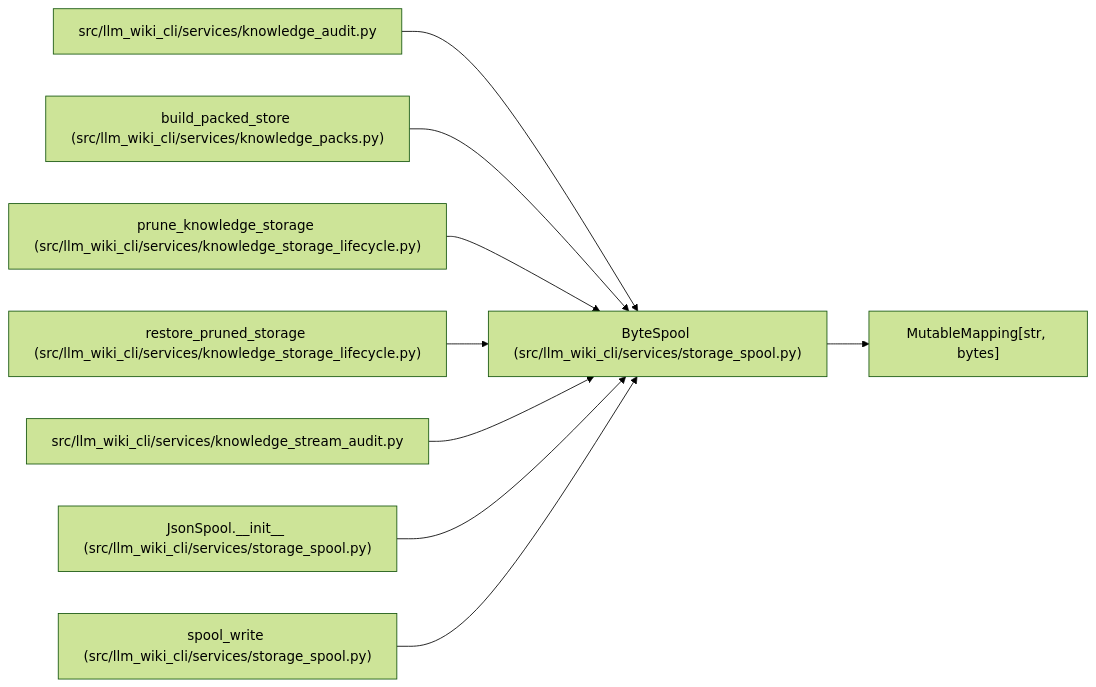
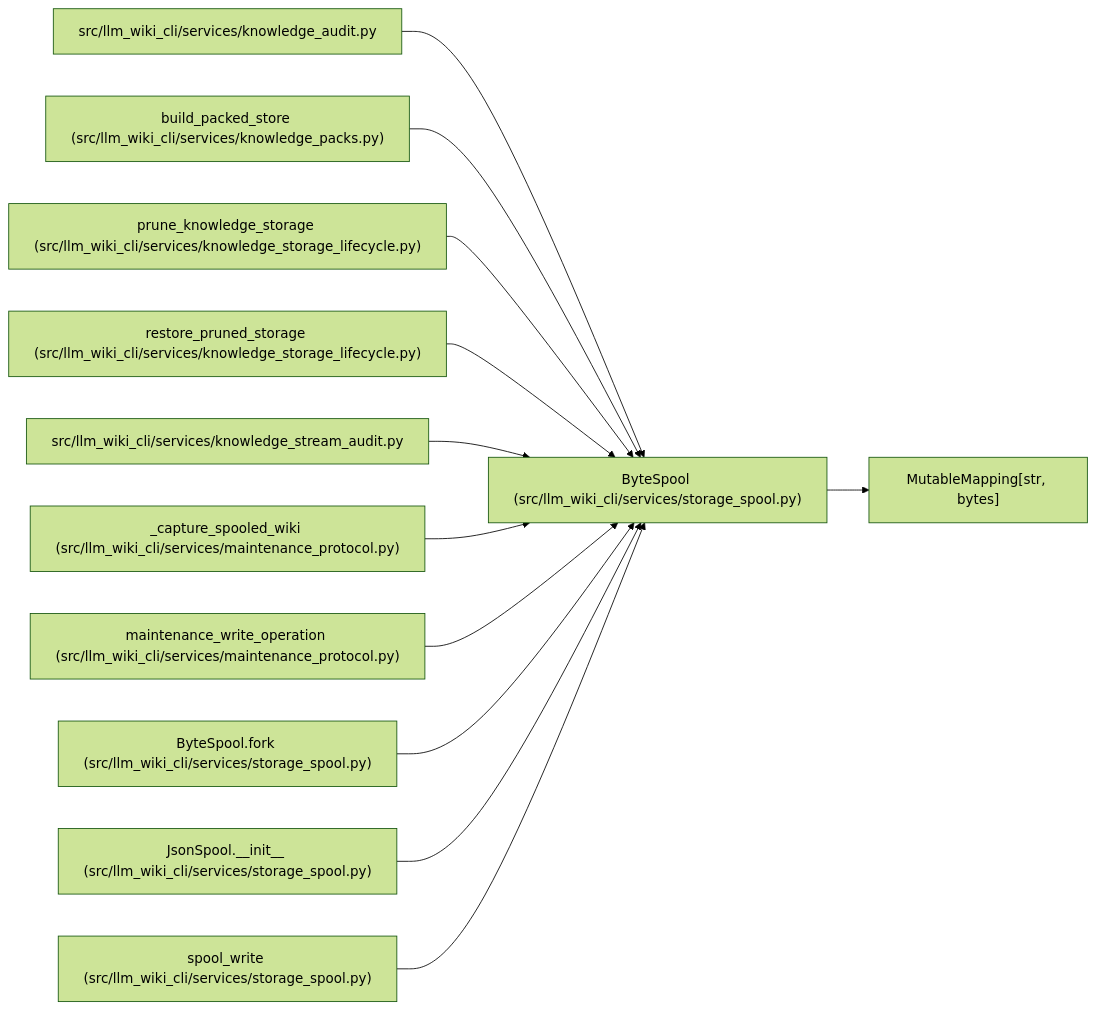
Before and after one commit to Denissvgn/python-wiki-llm: the diagram in docs/llm_wiki/entities/ByteSpool.md, drawn with Mermaid (forest theme). The commit also changed other lines of this file and 627 other files, not shown here.

````diff
--- a/docs/llm_wiki/entities/ByteSpool.md
+++ b/docs/llm_wiki/entities/ByteSpool.md
@@ -34,28 +36,37 @@
 ```mermaid
 flowchart LR
     n0["ByteSpool (src/llm_wiki_cli/services/storage_spool.py)"]
     n1["MutableMapping[str, bytes]"]
     n2["src/llm_wiki_cli/services/knowledge_audit.py"]
     n3["build_packed_store (src/llm_wiki_cli/services/knowledge_packs.py)"]
     n4["prune_knowledge_storage (src/llm_wiki_cli/services/knowledge_storage_lifecycle.py)"]
     n5["restore_pruned_storage (src/llm_wiki_cli/services/knowledge_storage_lifecycle.py)"]
     n6["src/llm_wiki_cli/services/knowledge_stream_audit.py"]
-    n7["JsonSpool.__init__ (src/llm_wiki_cli/services/storage_spool.py)"]
-    n8["spool_write (src/llm_wiki_cli/services/storage_spool.py)"]
+    n7["_capture_spooled_wiki (src/llm_wiki_cli/services/maintenance_protocol.py)"]
+    n8["maintenance_write_operation (src/llm_wiki_cli/services/maintenance_protocol.py)"]
+    n9["ByteSpool.fork (src/llm_wiki_cli/services/storage_spool.py)"]
+    n10["JsonSpool.__init__ (src/llm_wiki_cli/services/storage_spool.py)"]
+    n11["spool_write (src/llm_wiki_cli/services/storage_spool.py)"]
     n0 --> n1
     n2 --> n0
     n3 --> n0
     n4 --> n0
     n5 --> n0
     n6 --> n0
     n7 --> n0
     n8 --> n0
+    n9 --> n0
+    n10 --> n0
+    n11 --> n0
     click n0 "../modules/storage_spool.md"
     click n2 "../modules/knowledge_audit.md"
     click n3 "../modules/knowledge_packs.md"
     click n4 "../modules/knowledge_storage_lifecycle.md"
     click n5 "../modules/knowledge_storage_lifecycle.md"
     click n6 "../modules/knowledge_stream_audit.md"
-    click n7 "../modules/storage_spool.md"
-    click n8 "../modules/storage_spool.md"
+    click n7 "../modules/maintenance_protocol.md"
+    click n8 "../modules/maintenance_protocol.md"
+    click n9 "../modules/storage_spool.md"
+    click n10 "../modules/storage_spool.md"
+    click n11 "../modules/storage_spool.md"
 ```
````
